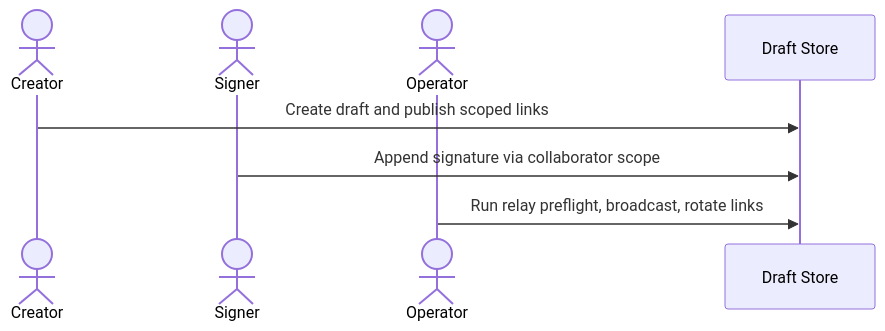
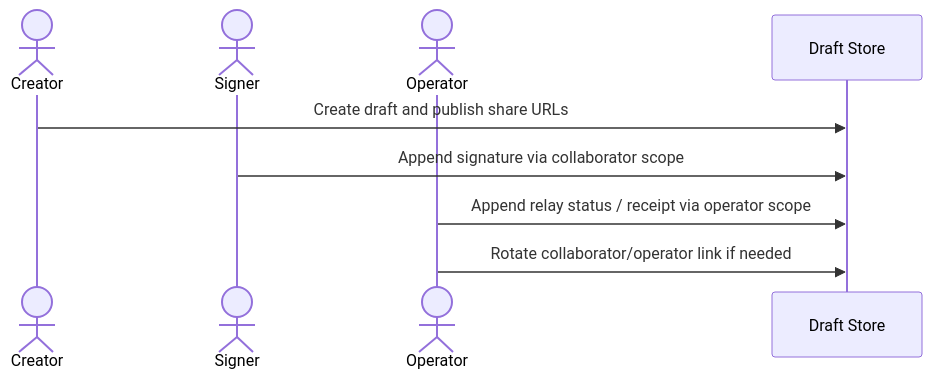
Before and after one commit to r3e-network/neo-os-aa: the second of 4 diagrams in frontend/src/assets/docs/workflow.md, drawn with Mermaid. The commit also changed other lines of this file and 148 other files, not shown here.

````diff
--- a/frontend/src/assets/docs/workflow.md
+++ b/frontend/src/assets/docs/workflow.md
@@ -67,11 +64,12 @@
 ```mermaid
 sequenceDiagram
     actor Creator
     actor Signer
     actor Operator
     participant Store as Draft Store
 
-    Creator->>Store: Create draft and publish scoped links
+    Creator->>Store: Create draft and publish share URLs
     Signer->>Store: Append signature via collaborator scope
-    Operator->>Store: Run relay preflight, broadcast, rotate links
+    Operator->>Store: Append relay status / receipt via operator scope
+    Operator->>Store: Rotate collaborator/operator link if needed
 ```
````
